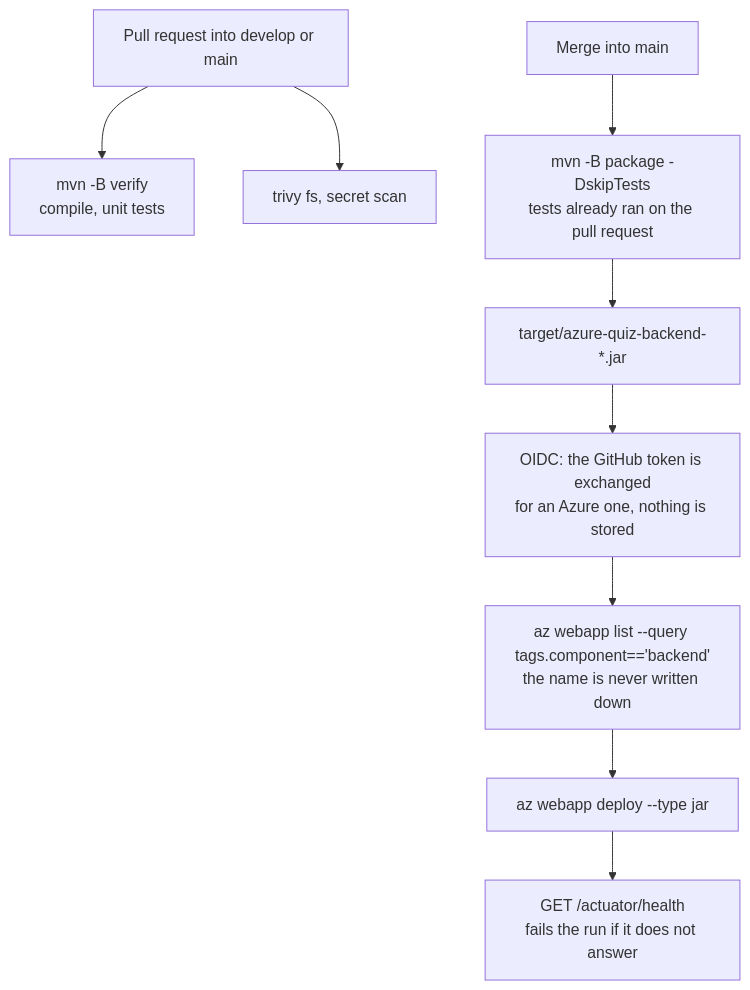
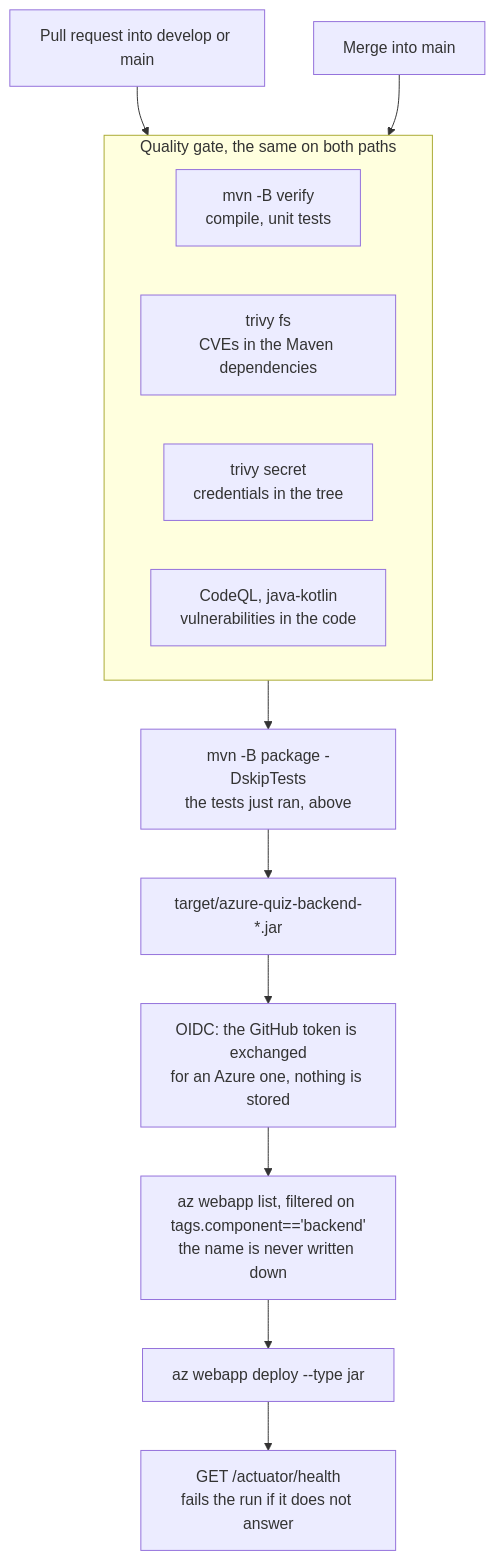
One commit to Melvin-Simplon/capstone-quiz-infrastructure changed the first of 2 diagrams in docs/deployment-pipelines.md. Above: the diagram before and after it, drawn with Mermaid. The commit also changed other lines of this file, not shown here.

First line of the commit message:
docs: put the quality gate on the path that deploys

````diff
--- a/docs/deployment-pipelines.md
+++ b/docs/deployment-pipelines.md
@@ -12,13 +12,20 @@
 ```mermaid
 flowchart TD
-    PR["Pull request into develop or main"] --> V["mvn -B verify<br/>compile, unit tests"]
-    PR --> S["trivy fs, secret scan"]
+    PR["Pull request into develop or main"] --> G
+    M["Merge into main"] --> G
 
-    M["Merge into main"] --> B["mvn -B package -DskipTests<br/>tests already ran on the pull request"]
+    subgraph G["Quality gate, the same on both paths"]
+        V["mvn -B verify<br/>compile, unit tests"]
+        C["trivy fs<br/>CVEs in the Maven dependencies"]
+        S["trivy secret<br/>credentials in the tree"]
+        Q["CodeQL, java-kotlin<br/>vulnerabilities in the code"]
+    end
+
+    G --> B["mvn -B package -DskipTests<br/>the tests just ran, above"]
     B --> J["target/azure-quiz-backend-*.jar"]
 
     J --> O["OIDC: the GitHub token is exchanged<br/>for an Azure one, nothing is stored"]
-    O --> F["az webapp list --query tags.component=='backend'<br/>the name is never written down"]
+    O --> F["az webapp list, filtered on tags.component=='backend'<br/>the name is never written down"]
     F --> D["az webapp deploy --type jar"]
     D --> H["GET /actuator/health<br/>fails the run if it does not answer"]
 ```
````
